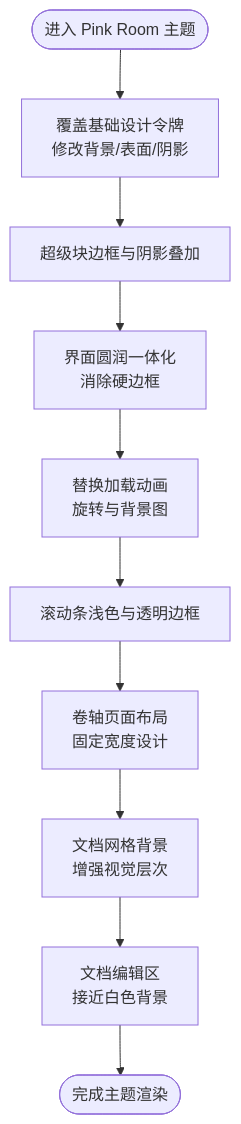
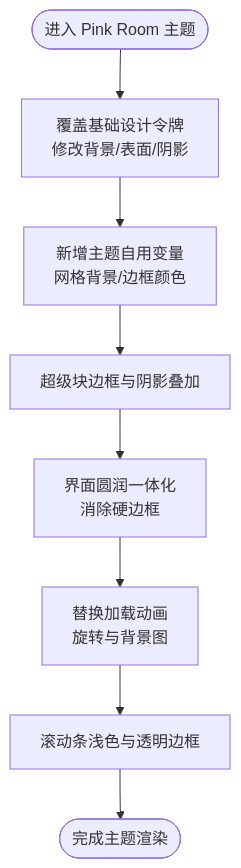
Before and after one commit to terwer/siyuan-plugin-blog: the third of 8 diagrams in .qoder/repowiki/zh/content/核心功能/主题系统/自定义主题开发/主题定制实例.md, drawn with Mermaid. The commit also changed other lines of this file and 31 other files, not shown here.

````diff
--- a/.qoder/repowiki/zh/content/核心功能/主题系统/自定义主题开发/主题定制实例.md
+++ b/.qoder/repowiki/zh/content/核心功能/主题系统/自定义主题开发/主题定制实例.md
@@ -202,12 +176,10 @@
 ```mermaid
 flowchart TD
 Start(["进入 Pink Room 主题"]) --> Root["覆盖基础设计令牌<br/>修改背景/表面/阴影"]
-Root --> Super["超级块边框与阴影叠加"]
+Root --> CustomVars["新增主题自用变量<br/>网格背景/边框颜色"]
+CustomVars --> Super["超级块边框与阴影叠加"]
 Super --> Round["界面圆润一体化<br/>消除硬边框"]
 Round --> Loading["替换加载动画<br/>旋转与背景图"]
 Loading --> Scroll["滚动条浅色与透明边框"]
-Scroll --> ScrollPage["卷轴页面布局<br/>固定宽度设计"]
-ScrollPage --> Grid["文档网格背景<br/>增强视觉层次"]
-Grid --> EditArea["文档编辑区<br/>接近白色背景"]
-EditArea --> End(["完成主题渲染"])
+Scroll --> End(["完成主题渲染"])
 ```
````
